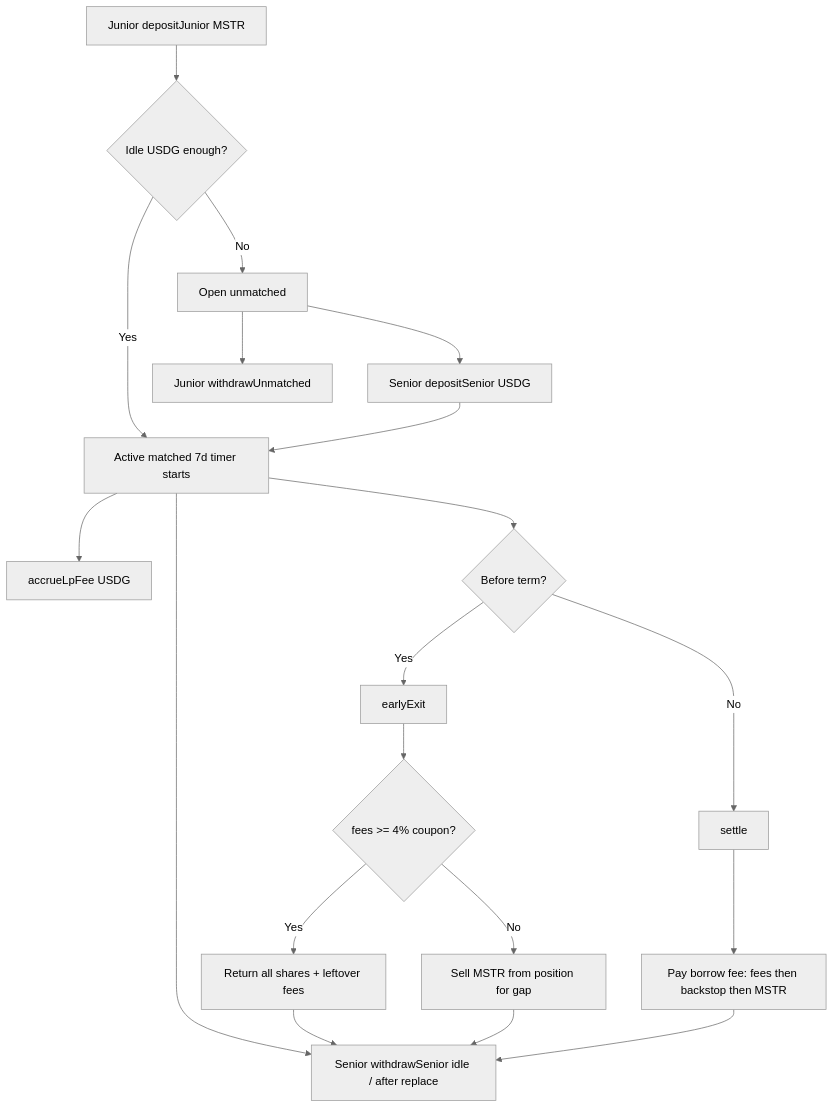
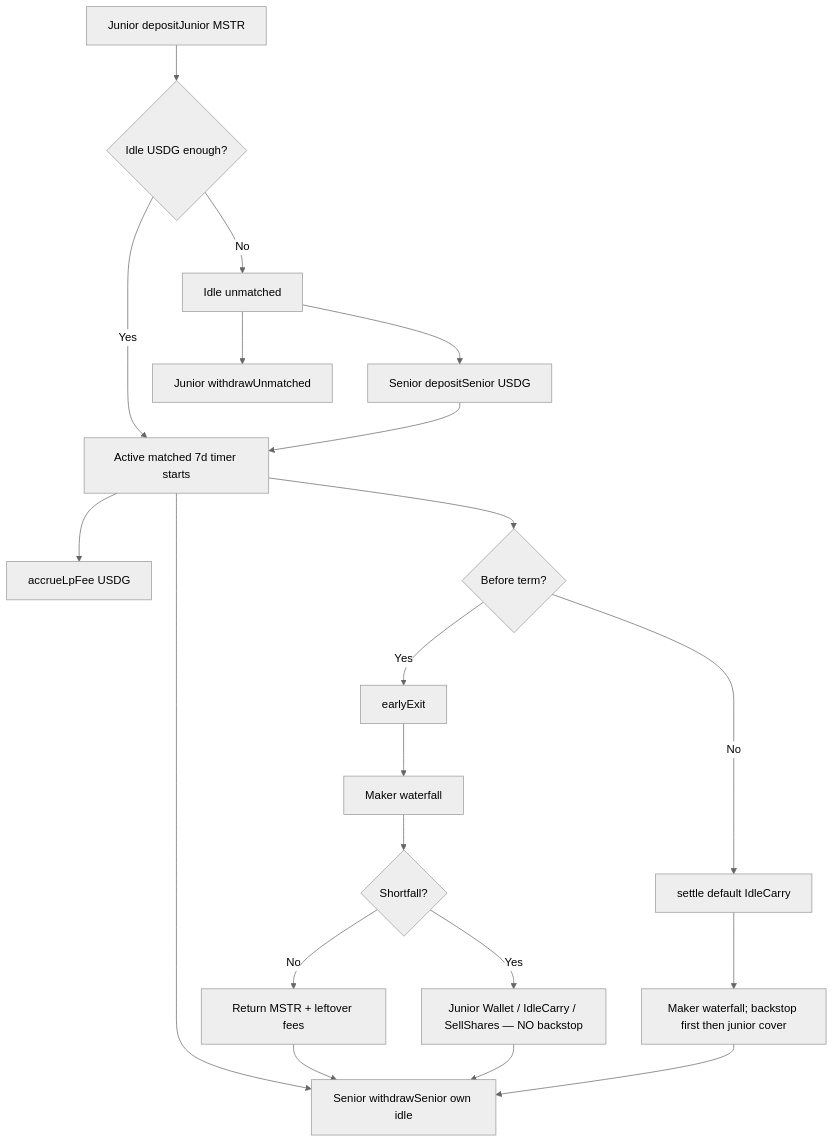
One commit to makerlee0x/carry changed the diagram in CARRY_CONTRACT.md. Above: the diagram before and after it, drawn with Mermaid (neutral theme). The commit also changed other lines of this file and 13 other files, not shown here.

````diff
--- a/CARRY_CONTRACT.md
+++ b/CARRY_CONTRACT.md
@@ -65,21 +73,22 @@
 ```mermaid
 flowchart TD
   A[Junior depositJunior MSTR] --> B{Idle USDG enough?}
-  B -->|No| C[Open unmatched]
+  B -->|No| C[Idle unmatched]
   B -->|Yes| D[Active matched 7d timer starts]
   C --> E[Senior depositSenior USDG]
   E --> D
   C --> F[Junior withdrawUnmatched]
   D --> G[accrueLpFee USDG]
   D --> H{Before term?}
   H -->|Yes| I[earlyExit]
-  I --> I1{fees >= 4% coupon?}
-  I1 -->|Yes| I2[Return all shares + leftover fees]
-  I1 -->|No| I3[Sell MSTR from position for gap]
-  H -->|No| J[settle]
-  J --> J1[Pay borrow fee: fees then backstop then MSTR]
-  D --> K[Senior withdrawSenior idle / after replace]
-  I2 --> K
+  I --> I1[Maker waterfall]
+  I1 --> I2{Shortfall?}
+  I2 -->|No| I3[Return MSTR + leftover fees]
+  I2 -->|Yes| I4[Junior Wallet / IdleCarry / SellShares — NO backstop]
+  H -->|No| J[settle default IdleCarry]
+  J --> J1[Maker waterfall; backstop first then junior cover]
+  D --> K[Senior withdrawSenior own idle]
   I3 --> K
+  I4 --> K
   J1 --> K
 ```
````
